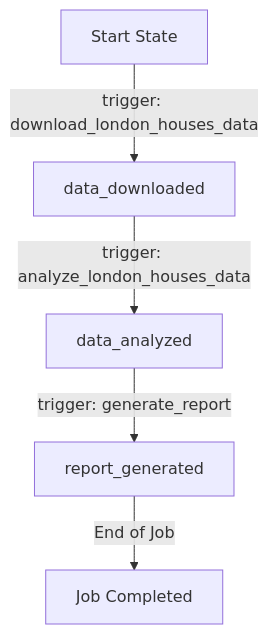
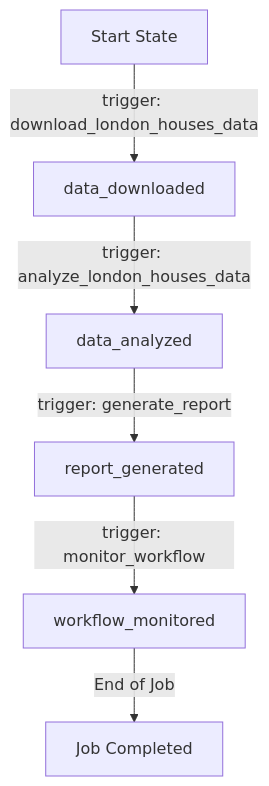
The first of 4 diagrams in entity/app_design_prd.md (Ksenniya/quart-client-template), drawn with Mermaid before and after one commit. The commit also changed other lines of this file, not shown here.

````diff
--- a/entity/app_design_prd.md
+++ b/entity/app_design_prd.md
@@ -39,9 +44,10 @@
 ```mermaid
 flowchart TD
     A[Start State] -->|trigger: download_london_houses_data| B[data_downloaded]
     B -->|trigger: analyze_london_houses_data| C[data_analyzed]
     C -->|trigger: generate_report| D[report_generated]
-    D -->|End of Job| E[Job Completed]
+    D -->|trigger: monitor_workflow| E[workflow_monitored]
+    E -->|End of Job| F[Job Completed]
 
-    class A,B,C,D,E automated;
+    class A,B,C,D,E,F automated;
 ```
````
